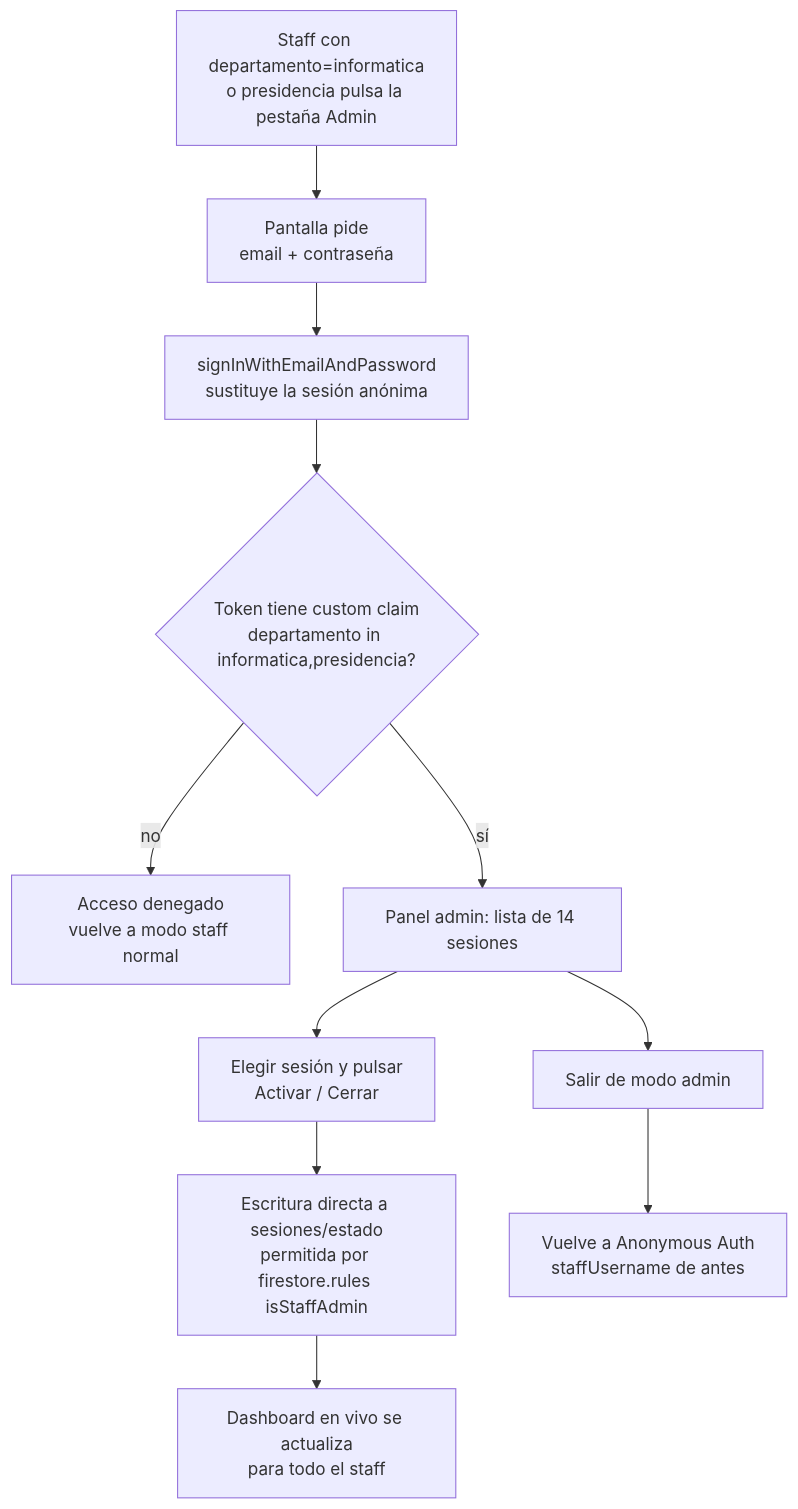
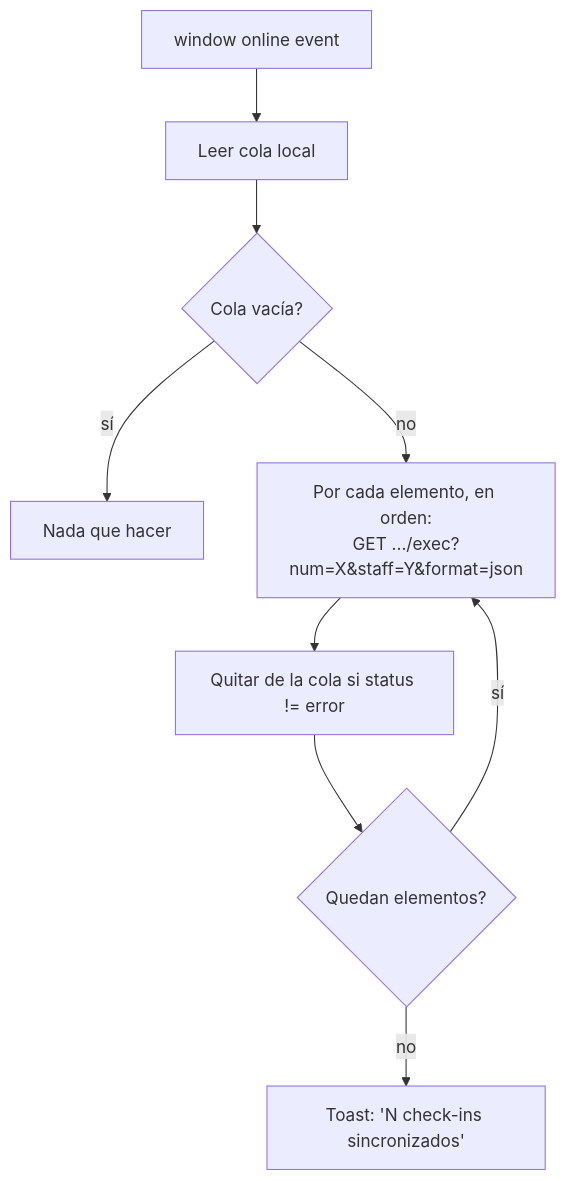
The third of 5 diagrams in docs/FLOWS.md (paulans17/AJ-app), drawn with Mermaid before and after one commit. The commit also changed other lines of this file and 9 other files, not shown here.

First line of the commit message:
Pivote: backend de Google Sheets + Apps Script (real, no Firestore) para Staff AJapp

````diff
--- a/docs/FLOWS.md
+++ b/docs/FLOWS.md
@@ -71,13 +63,11 @@
 ```mermaid
 flowchart TD
-    A[Staff con departamento=informatica<br/>o presidencia pulsa la pestaña Admin] --> B[Pantalla pide<br/>email + contraseña]
-    B --> C[signInWithEmailAndPassword<br/>sustituye la sesión anónima]
-    C --> D{Token tiene custom claim<br/>departamento in informatica,presidencia?}
-    D -- no --> E[Acceso denegado<br/>vuelve a modo staff normal]
-    D -- sí --> F[Panel admin: lista de 14 sesiones]
-    F --> G[Elegir sesión y pulsar<br/>Activar / Cerrar]
-    G --> H[Escritura directa a sesiones/estado<br/>permitida por firestore.rules isStaffAdmin]
-    H --> I[Dashboard en vivo se actualiza<br/>para todo el staff]
-    F --> J[Salir de modo admin]
-    J --> K[Vuelve a Anonymous Auth<br/>staffUsername de antes]
+    A[window online event] --> B[Leer cola local]
+    B --> C{Cola vacía?}
+    C -- sí --> Z[Nada que hacer]
+    C -- no --> D[Por cada elemento, en orden:<br/>GET .../exec?num=X&staff=Y&format=json]
+    D --> E[Quitar de la cola si status != error]
+    E --> F{Quedan elementos?}
+    F -- sí --> D
+    F -- no --> G[Toast: 'N check-ins sincronizados']
 ```
````
